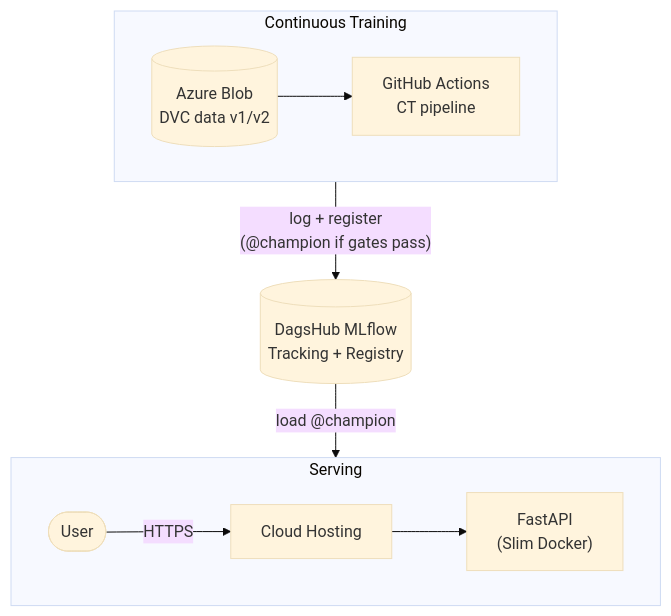
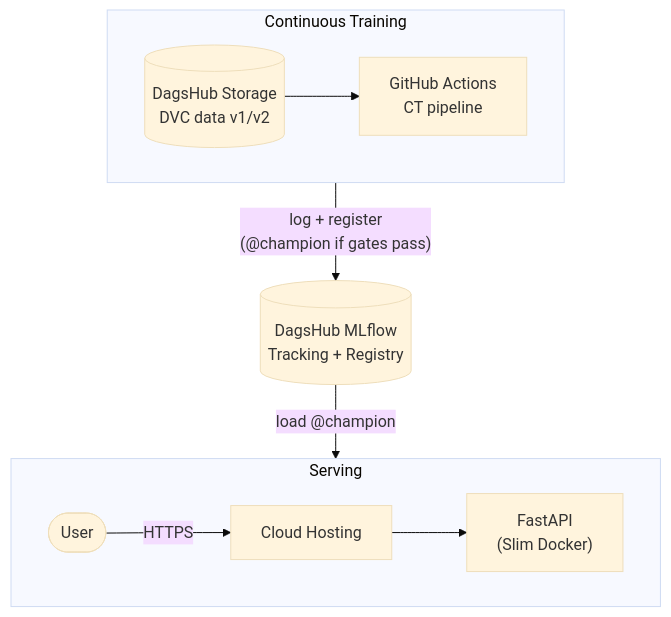
One commit to ChenAuCarre/enercast-mlops changed the diagram in README.md. Above: the diagram before and after it, drawn with Mermaid (base theme). The commit also changed other lines of this file and 1 other file, not shown here.

Commit message:
docs: switch DVC remote from Azure Blob to DagsHub Storage

````diff
--- a/README.md
+++ b/README.md
@@ -11,13 +11,13 @@
 ```mermaid
 flowchart TB
     subgraph Training["Continuous Training"]
         direction LR
-        DVC[("Azure Blob<br/>DVC data v1/v2")] --> CT["GitHub Actions<br/>CT pipeline"]
+        DVC[("DagsHub Storage<br/>DVC data v1/v2")] --> CT["GitHub Actions<br/>CT pipeline"]
     end
     CT -- "log + register<br/>(@champion if gates pass)" --> MLF[("DagsHub MLflow<br/>Tracking + Registry")]
     subgraph Serving["Serving"]
         direction LR
         User(["User"]) -- HTTPS --> Host["Cloud Hosting"] --> API["FastAPI<br/>(Slim Docker)"]
     end
     MLF -- "load @champion" --> API
 ```
````
